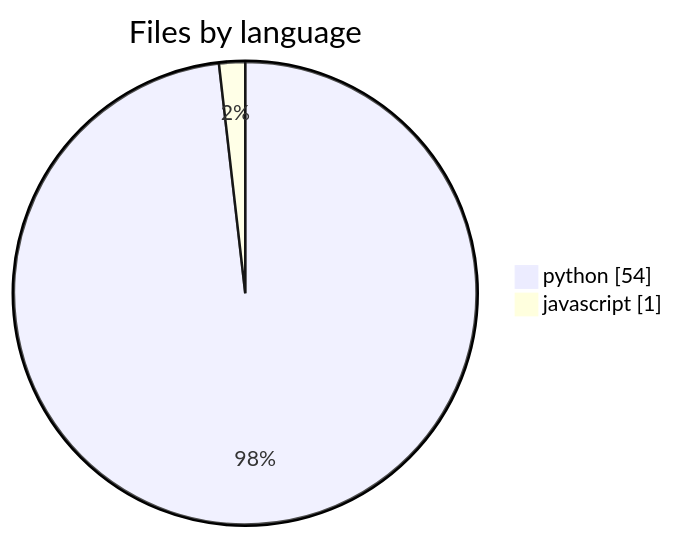
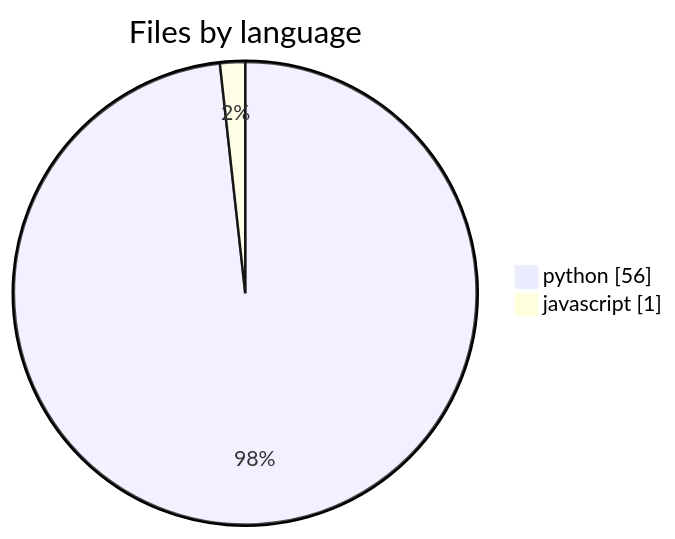
The first of 5 diagrams in .mentis/context/languages.md (wolframs/jspace-probes), drawn with Mermaid before and after one commit. The commit also changed other lines of this file and 260 other files, not shown here.

````diff
--- a/.mentis/context/languages.md
+++ b/.mentis/context/languages.md
@@ -15,5 +15,5 @@
 ```mermaid
 pie showData title Files by language
-    "python" : 54
+    "python" : 56
     "javascript" : 1
 ```
````
